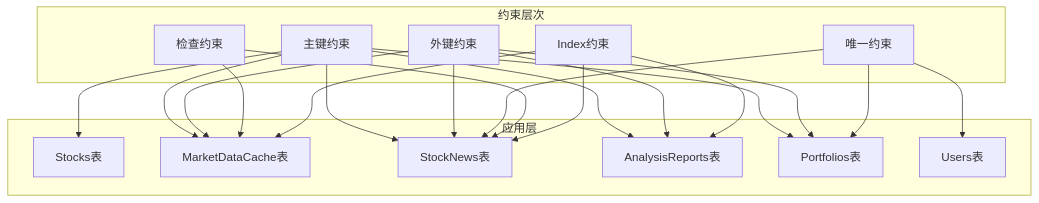
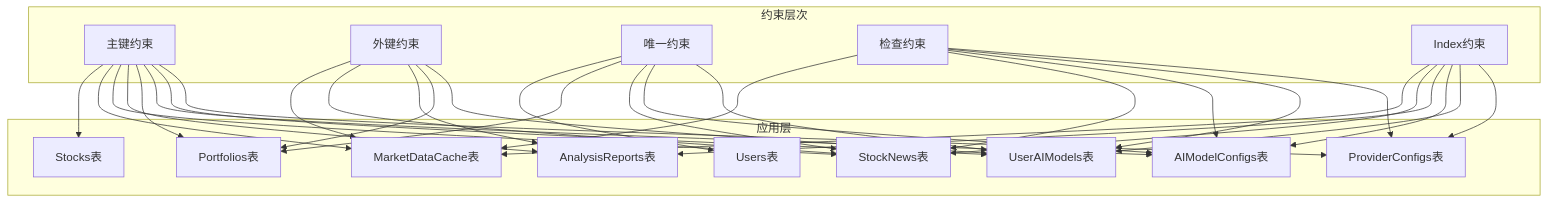
Before and after one commit to breeze-lyf/ai-stock-advisor: diagram 13 of 14 in .qoder/repowiki/zh/content/数据库设计/数据库模式增强.md, drawn with Mermaid. The commit also changed other lines of this file and 43 other files, not shown here.

````diff
--- a/.qoder/repowiki/zh/content/数据库设计/数据库模式增强.md
+++ b/.qoder/repowiki/zh/content/数据库设计/数据库模式增强.md
@@ -500,35 +692,50 @@
 ```mermaid
 graph TB
 subgraph "约束层次"
 Primary[主键约束]
 Foreign[外键约束]
 Unique[唯一约束]
 Check[检查约束]
 Index[Index约束]
 end
 subgraph "应用层"
 Stocks[Stocks表]
 MarketData[MarketDataCache表]
 StockNews[StockNews表]
 AnalysisReports[AnalysisReports表]
 Portfolios[Portfolios表]
 Users[Users表]
+AIConfigs[AIModelConfigs表]
+UserAIConfigs[UserAIModels表]
+ProviderConfigs[ProviderConfigs表]
 end
 Primary --> Stocks
 Primary --> MarketData
 Primary --> StockNews
 Primary --> AnalysisReports
 Primary --> Portfolios
+Primary --> AIConfigs
+Primary --> UserAIConfigs
+Primary --> ProviderConfigs
 Foreign --> MarketData
 Foreign --> StockNews
 Foreign --> AnalysisReports
 Foreign --> Portfolios
+Foreign --> UserAIConfigs
 Unique --> Users
 Unique --> Portfolios
 Unique --> StockNews
+Unique --> AIConfigs
+Unique --> UserAIConfigs
 Check --> MarketData
 Check --> StockNews
+Check --> AIConfigs
+Check --> UserAIConfigs
+Check --> ProviderConfigs
 Index --> MarketData
 Index --> StockNews
 Index --> AnalysisReports
+Index --> AIConfigs
+Index --> UserAIConfigs
+Index --> ProviderConfigs
 ```
````
